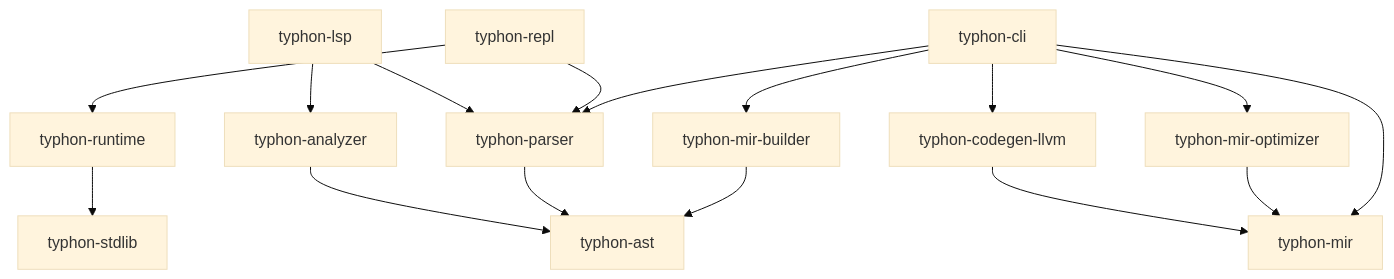
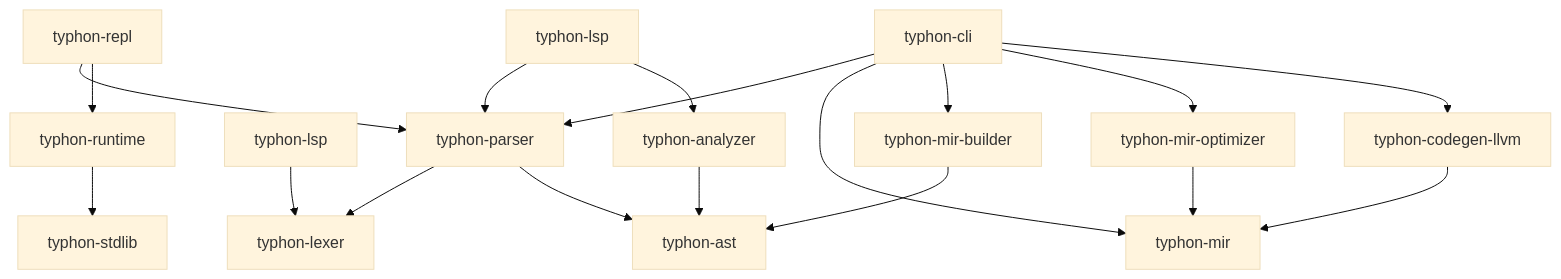
Before and after one commit to typhon-dev/typhon: the second of 2 diagrams in CODEMAP.md, drawn with Mermaid (base theme). The commit also changed other lines of this file and 61 other files, not shown here.

First line of the commit message:
refactor(lexer): extract typhon lexer crate

````diff
--- a/CODEMAP.md
+++ b/CODEMAP.md
@@ -163,18 +161,20 @@
 ```mermaid
 graph TD
     CLI[typhon-cli] --> Parser[typhon-parser]
     CLI --> MIR[typhon-mir]
+    Parser --> Lexer[typhon-lexer]
+    LSPLexer[typhon-lsp] --> Lexer
     CLI --> MIRBuilder[typhon-mir-builder]
     CLI --> MIROptimizer[typhon-mir-optimizer]
     CLI --> CodeGenLLVM[typhon-codegen-llvm]
     REPL[typhon-repl] --> Parser
     REPL --> Runtime[typhon-runtime]
     LSP[typhon-lsp] --> Parser
     LSP --> Analyzer[typhon-analyzer]
     Runtime --> StdLib[typhon-stdlib]
     MIRBuilder --> AST[typhon-ast]
     Parser --> AST
     Analyzer --> AST
     MIROptimizer --> MIR
     CodeGenLLVM --> MIR
 ```
````
